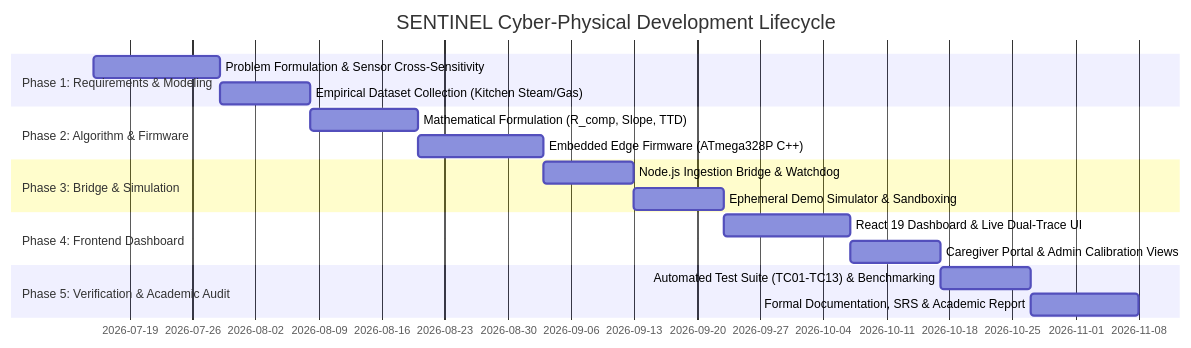
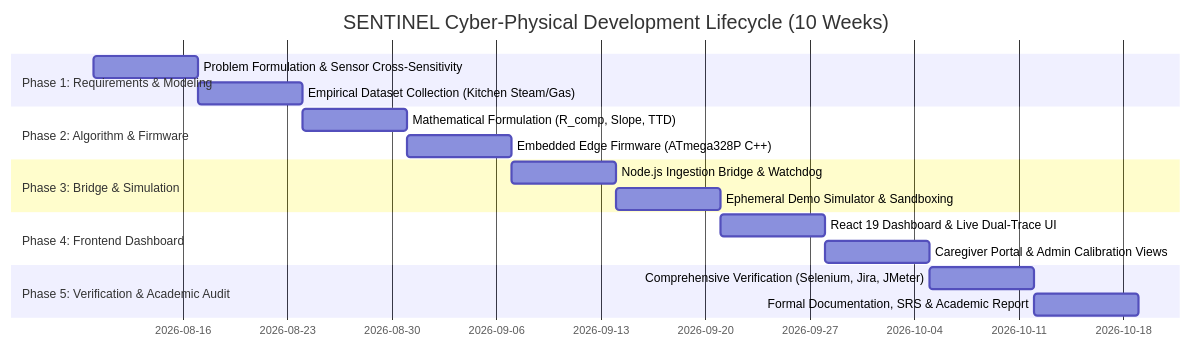
One commit to Shree-svg/-SENTINEL changed the second of 2 diagrams in docs/report/SDLC_PLAN.md. Above: the diagram before and after it, drawn with Mermaid. The commit also changed other lines of this file and 1 other file, not shown here.

Commit message:
docs: accelerate SDLC project lifecycle from 14 weeks to 10 weeks

````diff
--- a/docs/report/SDLC_PLAN.md
+++ b/docs/report/SDLC_PLAN.md
@@ -48,20 +48,20 @@
 ```mermaid
 gantt
-    title SENTINEL Cyber-Physical Development Lifecycle
+    title SENTINEL Cyber-Physical Development Lifecycle (10 Weeks)
     dateFormat  YYYY-MM-DD
     section Phase 1: Requirements & Modeling
-    Problem Formulation & Sensor Cross-Sensitivity :a1, 2026-07-15, 14d
-    Empirical Dataset Collection (Kitchen Steam/Gas)  :a2, after a1, 10d
+    Problem Formulation & Sensor Cross-Sensitivity :a1, 2026-08-10, 7d
+    Empirical Dataset Collection (Kitchen Steam/Gas)  :a2, after a1, 7d
     section Phase 2: Algorithm & Firmware
-    Mathematical Formulation (R_comp, Slope, TTD)  :b1, after a2, 12d
-    Embedded Edge Firmware (ATmega328P C++)        :b2, after b1, 14d
+    Mathematical Formulation (R_comp, Slope, TTD)  :b1, after a2, 7d
+    Embedded Edge Firmware (ATmega328P C++)        :b2, after b1, 7d
     section Phase 3: Bridge & Simulation
-    Node.js Ingestion Bridge & Watchdog             :c1, after b2, 10d
-    Ephemeral Demo Simulator & Sandboxing          :c2, after c1, 10d
+    Node.js Ingestion Bridge & Watchdog             :c1, after b2, 7d
+    Ephemeral Demo Simulator & Sandboxing          :c2, after c1, 7d
     section Phase 4: Frontend Dashboard
-    React 19 Dashboard & Live Dual-Trace UI         :d1, after c2, 14d
-    Caregiver Portal & Admin Calibration Views      :d2, after d1, 10d
+    React 19 Dashboard & Live Dual-Trace UI         :d1, after c2, 7d
+    Caregiver Portal & Admin Calibration Views      :d2, after d1, 7d
     section Phase 5: Verification & Academic Audit
-    Automated Test Suite (TC01-TC13) & Benchmarking :e1, after d2, 10d
-    Formal Documentation, SRS & Academic Report     :e2, after e1, 12d
+    Comprehensive Verification (Selenium, Jira, JMeter) :e1, after d2, 7d
+    Formal Documentation, SRS & Academic Report     :e2, after e1, 7d
 ```
````
